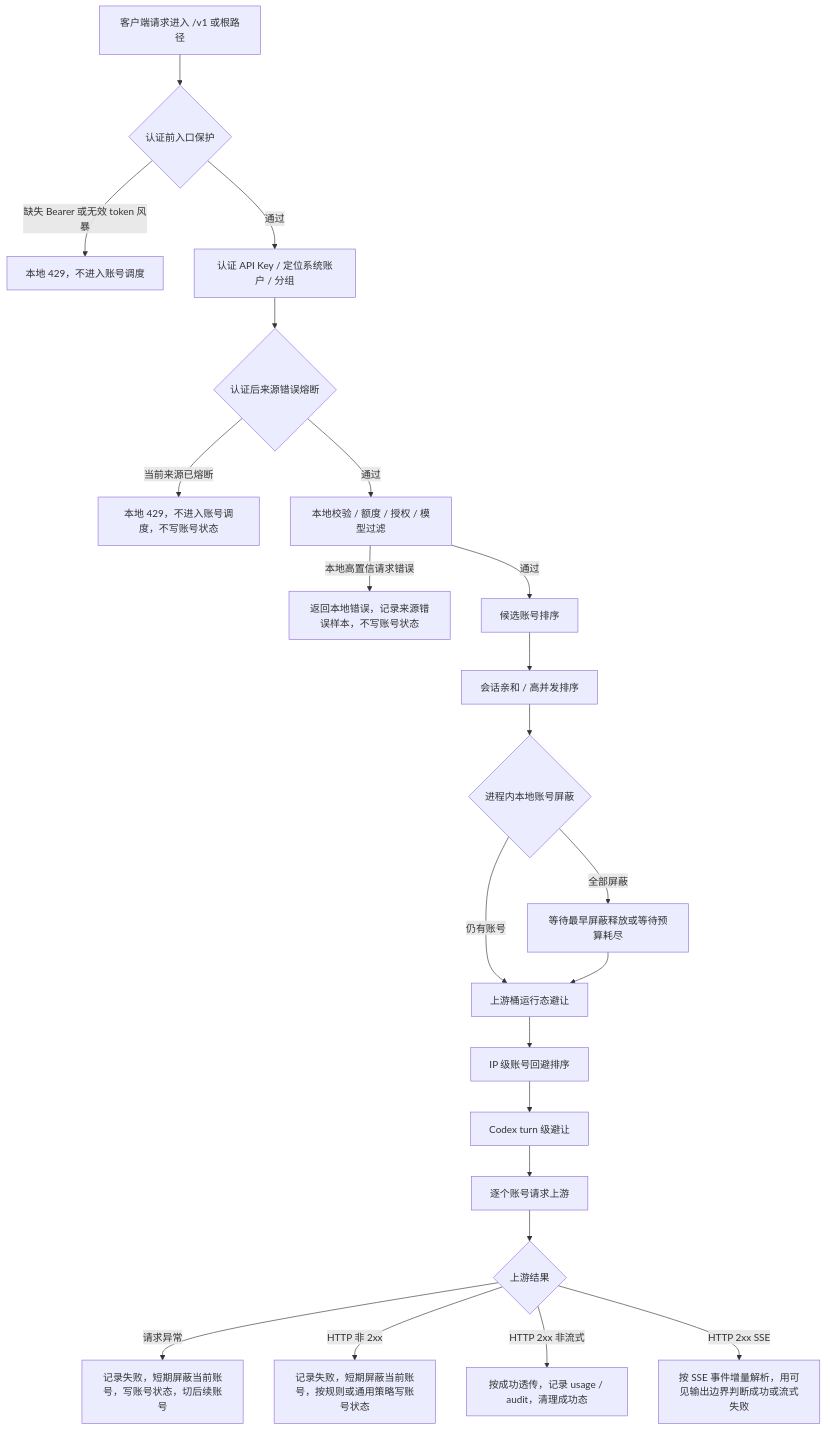
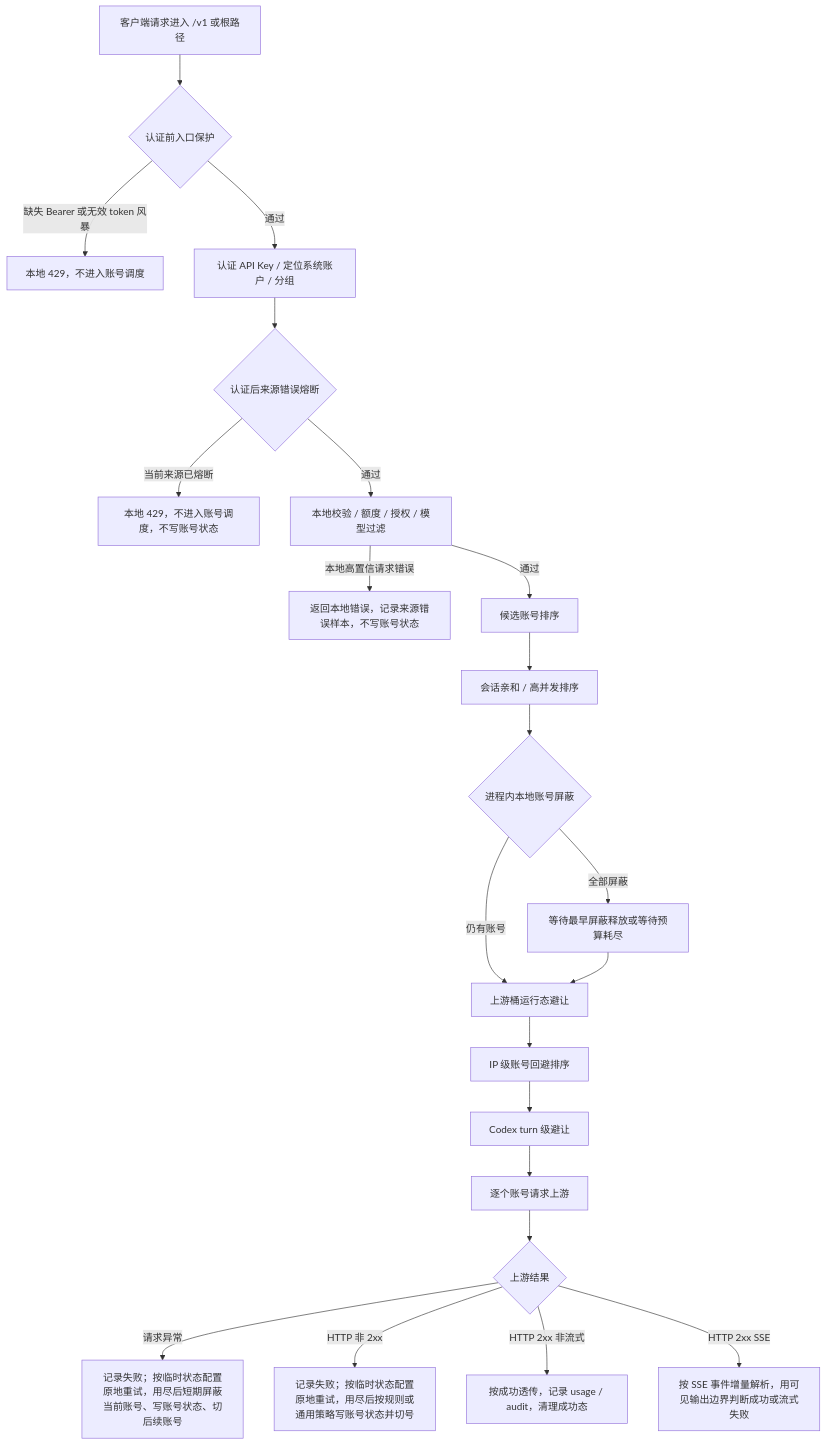
Before and after one commit to huanmin123/juhe-ai: the diagram in docs/functions/网关错误处理完整链路.md, drawn with Mermaid. The commit also changed other lines of this file and 92 other files, not shown here.

````diff
--- a/docs/functions/网关错误处理完整链路.md
+++ b/docs/functions/网关错误处理完整链路.md
@@ -41,24 +41,24 @@
 ```mermaid
 flowchart TD
   A["客户端请求进入 /v1 或根路径"] --> B{"认证前入口保护"}
   B -- "缺失 Bearer 或无效 token 风暴" --> B1["本地 429，不进入账号调度"]
   B -- "通过" --> C["认证 API Key / 定位系统账户 / 分组"]
   C --> D{"认证后来源错误熔断"}
   D -- "当前来源已熔断" --> D1["本地 429，不进入账号调度，不写账号状态"]
   D -- "通过" --> E["本地校验 / 额度 / 授权 / 模型过滤"]
   E -- "本地高置信请求错误" --> E1["返回本地错误，记录来源错误样本，不写账号状态"]
   E -- "通过" --> F["候选账号排序"]
   F --> F1["会话亲和 / 高并发排序"]
   F1 --> F2{"进程内本地账号屏蔽"}
   F2 -- "仍有账号" --> F3["上游桶运行态避让"]
   F2 -- "全部屏蔽" --> F2A["等待最早屏蔽释放或等待预算耗尽"]
   F2A --> F3
   F3 --> F4["IP 级账号回避排序"]
   F4 --> F5["Codex turn 级避让"]
   F5 --> G["逐个账号请求上游"]
   G --> H{"上游结果"}
-  H -- "请求异常" --> I["记录失败，短期屏蔽当前账号，写账号状态，切后续账号"]
-  H -- "HTTP 非 2xx" --> J["记录失败，短期屏蔽当前账号，按规则或通用策略写账号状态"]
+  H -- "请求异常" --> I["记录失败；按临时状态配置原地重试，用尽后短期屏蔽当前账号、写账号状态、切后续账号"]
+  H -- "HTTP 非 2xx" --> J["记录失败；按临时状态配置原地重试，用尽后按规则或通用策略写账号状态并切号"]
   H -- "HTTP 2xx 非流式" --> K["按成功透传，记录 usage / audit，清理成功态"]
   H -- "HTTP 2xx SSE" --> L["按 SSE 事件增量解析，用可见输出边界判断成功或流式失败"]
 ```
````
